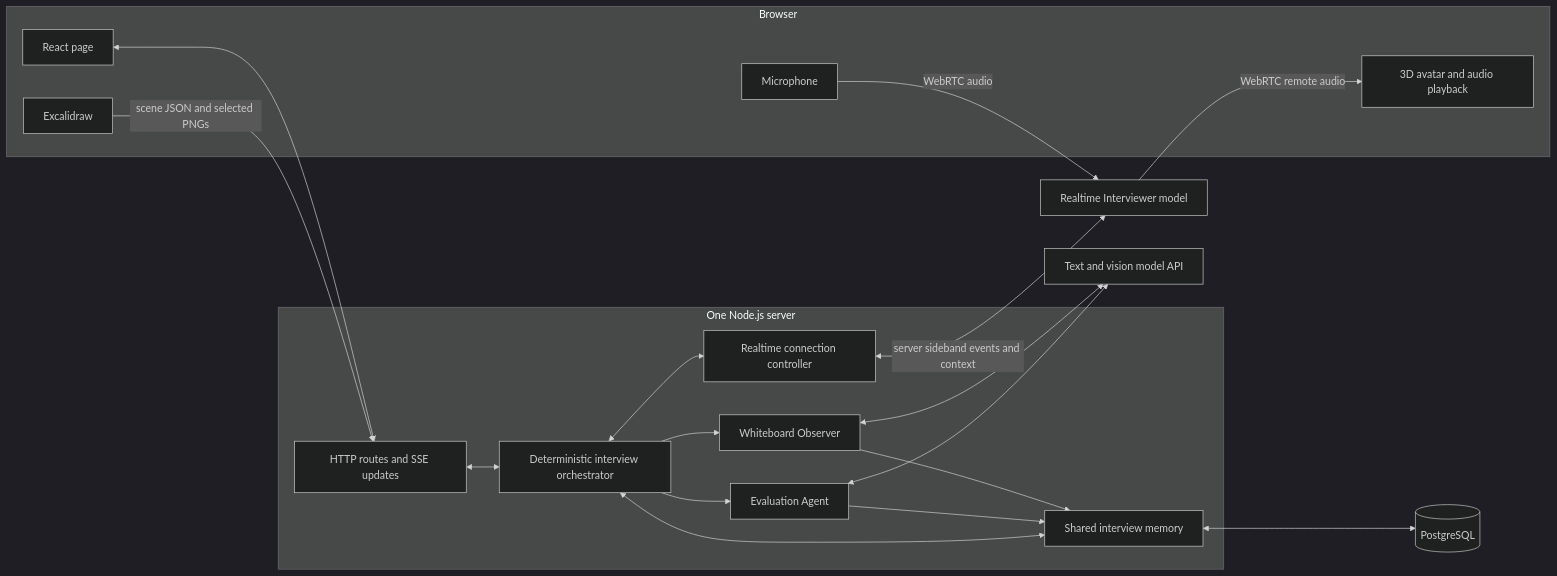
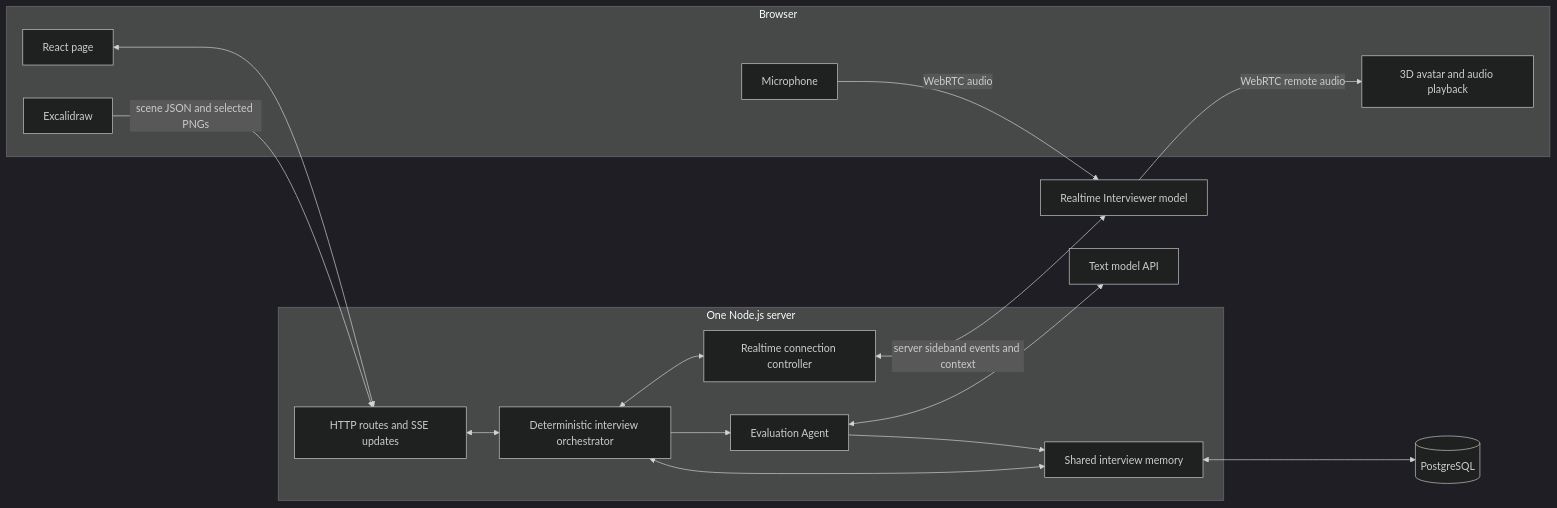
One commit to iamrobins/MockMeisterAI changed the diagram in docs/HLD.md. Above: the diagram before and after it, drawn with Mermaid (dark theme). The commit also changed other lines of this file and 4 other files, not shown here.

Commit message:
docs: align whiteboard flow with realtime

````diff
--- a/docs/HLD.md
+++ b/docs/HLD.md
@@ -49,35 +49,31 @@
 ```mermaid
 flowchart LR
     subgraph Browser
       UI[React page]
       Board[Excalidraw]
       Mic[Microphone]
       Avatar[3D avatar and audio playback]
     end
     subgraph App[One Node.js server]
       Routes[HTTP routes and SSE updates]
       Orch[Deterministic interview orchestrator]
       Voice[Realtime connection controller]
-      Observer[Whiteboard Observer]
       Eval[Evaluation Agent]
       Memory[Shared interview memory]
       Routes <--> Orch
       Orch <--> Voice
-      Orch --> Observer
       Orch --> Eval
-      Observer --> Memory
       Eval --> Memory
       Orch <--> Memory
     end
     DB[(PostgreSQL)]
     RT[Realtime Interviewer model]
-    Async[Text and vision model API]
+    Async[Text model API]
     UI <--> Routes
     Board -->|scene JSON and selected PNGs| Routes
     Mic -->|WebRTC audio| RT
     RT -->|WebRTC remote audio| Avatar
     Voice <-->|server sideband events and context| RT
-    Observer <--> Async
     Eval <--> Async
     Memory <--> DB
 ```
````
